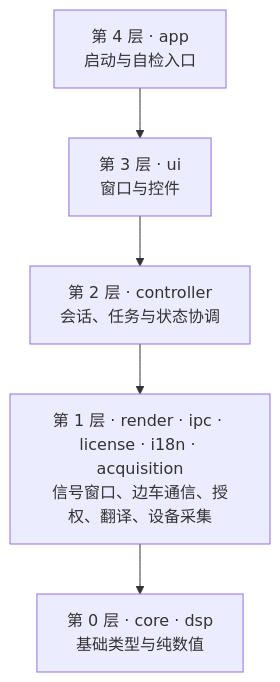
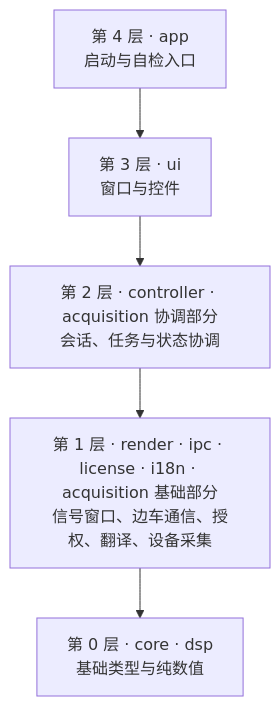
Before and after one commit to boundfree/boundfree-community: the second of 3 diagrams in docs/architecture-design.md, drawn with Mermaid. The commit also changed other lines of this file and 4 other files, not shown here.

````diff
--- a/docs/architecture-design.md
+++ b/docs/architecture-design.md
@@ -84,9 +85,9 @@
 ```mermaid
 flowchart TB
     L4["第 4 层 · app<br/>启动与自检入口"]
     L3["第 3 层 · ui<br/>窗口与控件"]
-    L2["第 2 层 · controller<br/>会话、任务与状态协调"]
-    L1["第 1 层 · render · ipc · license · i18n · acquisition<br/>信号窗口、边车通信、授权、翻译、设备采集"]
+    L2["第 2 层 · controller · acquisition 协调部分<br/>会话、任务与状态协调"]
+    L1["第 1 层 · render · ipc · license · i18n · acquisition 基础部分<br/>信号窗口、边车通信、授权、翻译、设备采集"]
     L0["第 0 层 · core · dsp<br/>基础类型与纯数值"]
     L4 --> L3 --> L2 --> L1 --> L0
 ```
````
